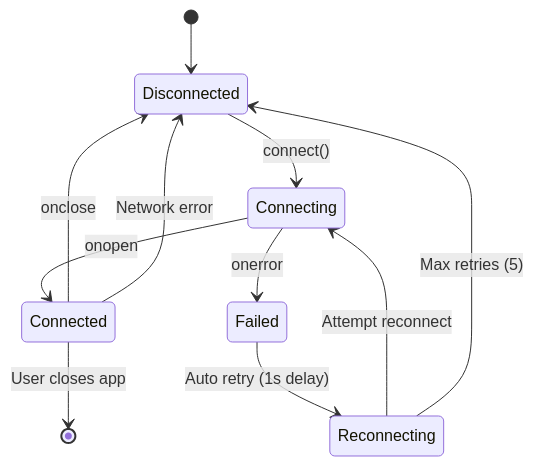
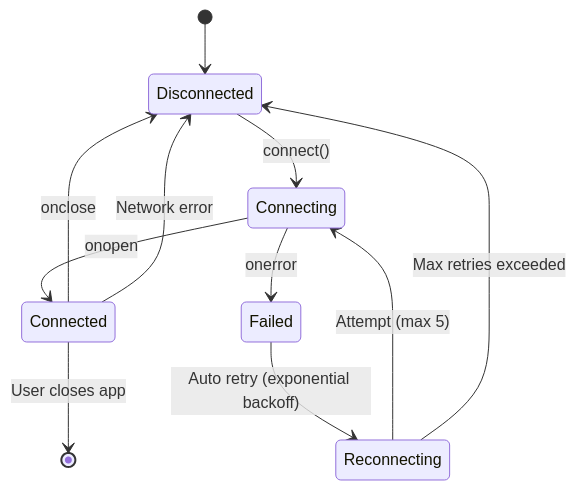
Before and after one commit to saikiranaravala/PersonalizedVoiceLocationAwareAgent: diagram 20 of 31 in docs/DIAGRAMS.md, drawn with Mermaid. The commit also changed other lines of this file and 4 other files, not shown here.

````diff
--- a/docs/DIAGRAMS.md
+++ b/docs/DIAGRAMS.md
@@ -540,13 +672,13 @@
 ```mermaid
 stateDiagram-v2
     [*] --> Disconnected
     Disconnected --> Connecting: connect()
     Connecting --> Connected: onopen
     Connecting --> Failed: onerror
     Connected --> Disconnected: onclose
     Connected --> Disconnected: Network error
-    Failed --> Reconnecting: Auto retry (1s delay)
-    Reconnecting --> Connecting: Attempt reconnect
-    Reconnecting --> Disconnected: Max retries (5)
+    Failed --> Reconnecting: Auto retry (exponential backoff)
+    Reconnecting --> Connecting: Attempt (max 5)
+    Reconnecting --> Disconnected: Max retries exceeded
     Connected --> [*]: User closes app
 ```
````
